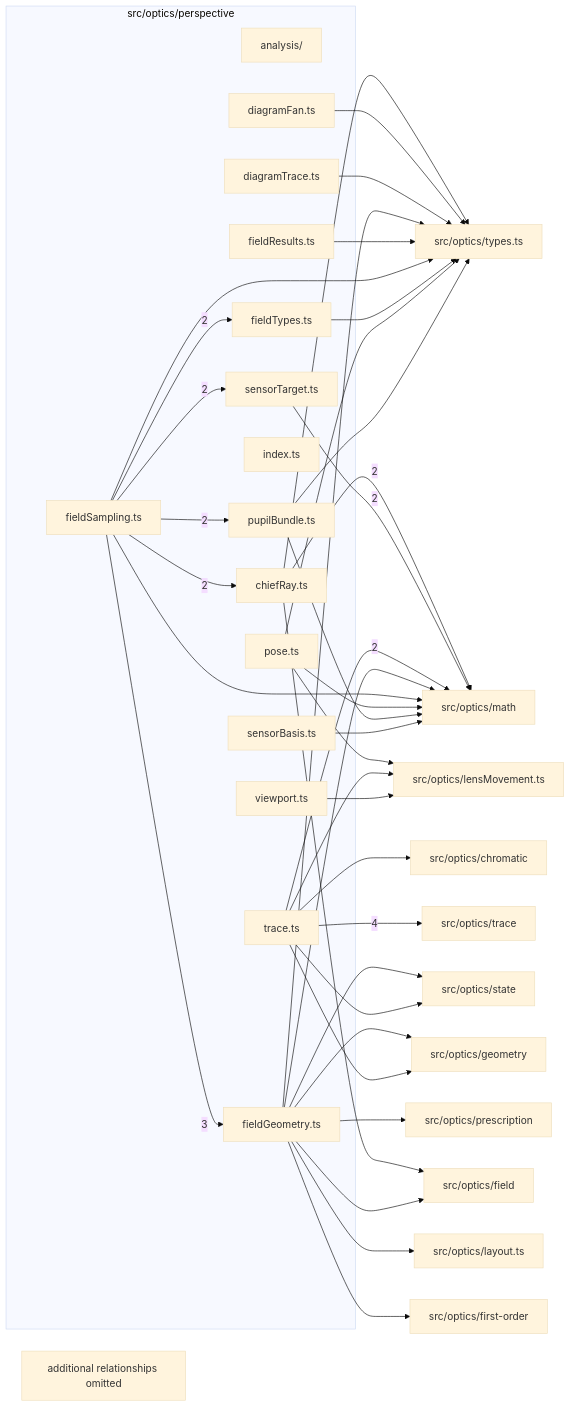
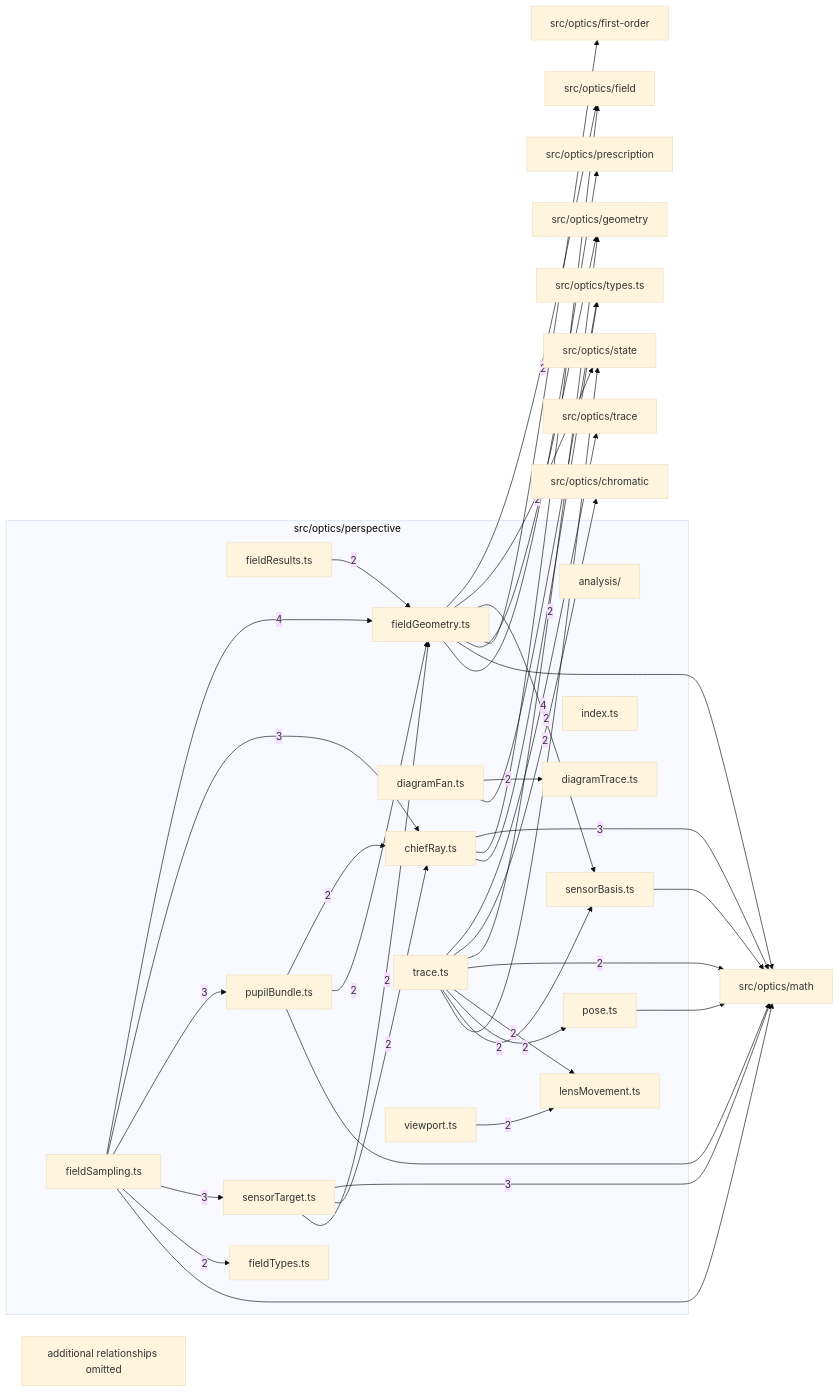
One commit to ronbuening/LensVisualizer changed the diagram in src/optics/perspective/readme.md. Above: the diagram before and after it, drawn with Mermaid (base theme). The commit also changed other lines of this file and 439 other files, not shown here.

````diff
--- a/src/optics/perspective/readme.md
+++ b/src/optics/perspective/readme.md
@@ -9,68 +9,67 @@
 ```mermaid
 flowchart LR
   subgraph n_src_optics_perspective["src/optics/perspective"]
     n_src_optics_perspective_src_optics_perspective_analysis["analysis/"]
     n_src_optics_perspective_src_optics_perspective_chiefRay_ts["chiefRay.ts"]
     n_src_optics_perspective_src_optics_perspective_diagramFan_ts["diagramFan.ts"]
     n_src_optics_perspective_src_optics_perspective_diagramTrace_ts["diagramTrace.ts"]
     n_src_optics_perspective_src_optics_perspective_fieldGeometry_ts["fieldGeometry.ts"]
     n_src_optics_perspective_src_optics_perspective_fieldResults_ts["fieldResults.ts"]
     n_src_optics_perspective_src_optics_perspective_fieldSampling_ts["fieldSampling.ts"]
     n_src_optics_perspective_src_optics_perspective_fieldTypes_ts["fieldTypes.ts"]
     n_src_optics_perspective_src_optics_perspective_index_ts["index.ts"]
+    n_src_optics_perspective_src_optics_perspective_lensMovement_ts["lensMovement.ts"]
     n_src_optics_perspective_src_optics_perspective_pose_ts["pose.ts"]
     n_src_optics_perspective_src_optics_perspective_pupilBundle_ts["pupilBundle.ts"]
     n_src_optics_perspective_src_optics_perspective_sensorBasis_ts["sensorBasis.ts"]
     n_src_optics_perspective_src_optics_perspective_sensorTarget_ts["sensorTarget.ts"]
     n_src_optics_perspective_src_optics_perspective_trace_ts["trace.ts"]
     n_src_optics_perspective_src_optics_perspective_viewport_ts["viewport.ts"]
   end
   n_external_src_optics_trace["src/optics/trace"]
   n_external_src_optics_math["src/optics/math"]
   n_external_src_optics_chromatic["src/optics/chromatic"]
   n_external_src_optics_field["src/optics/field"]
+  n_external_src_optics_geometry["src/optics/geometry"]
+  n_external_src_optics_state["src/optics/state"]
   n_external_src_optics_first_order["src/optics/first-order"]
-  n_external_src_optics_geometry["src/optics/geometry"]
-  n_external_src_optics_layout_ts["src/optics/layout.ts"]
-  n_external_src_optics_lensMovement_ts["src/optics/lensMovement.ts"]
   n_external_src_optics_prescription["src/optics/prescription"]
-  n_external_src_optics_state["src/optics/state"]
   n_external_src_optics_types_ts["src/optics/types.ts"]
   n_src_optics_perspective_src_optics_perspective_trace_ts --> |4| n_external_src_optics_trace
-  n_src_optics_perspective_src_optics_perspective_fieldSampling_ts --> |3| n_src_optics_perspective_src_optics_perspective_fieldGeometry_ts
-  n_src_optics_perspective_src_optics_perspective_chiefRay_ts --> |2| n_external_src_optics_math
-  n_src_optics_perspective_src_optics_perspective_sensorTarget_ts --> |2| n_external_src_optics_math
+  n_src_optics_perspective_src_optics_perspective_fieldSampling_ts --> |4| n_src_optics_perspective_src_optics_perspective_fieldGeometry_ts
+  n_src_optics_perspective_src_optics_perspective_chiefRay_ts --> |3| n_external_src_optics_math
+  n_src_optics_perspective_src_optics_perspective_sensorTarget_ts --> |3| n_external_src_optics_math
+  n_src_optics_perspective_src_optics_perspective_fieldSampling_ts --> |3| n_src_optics_perspective_src_optics_perspective_chiefRay_ts
+  n_src_optics_perspective_src_optics_perspective_fieldSampling_ts --> |3| n_src_optics_perspective_src_optics_perspective_pupilBundle_ts
+  n_src_optics_perspective_src_optics_perspective_fieldSampling_ts --> |3| n_src_optics_perspective_src_optics_perspective_sensorTarget_ts
+  n_src_optics_perspective_src_optics_perspective_trace_ts --> |2| n_external_src_optics_chromatic
+  n_src_optics_perspective_src_optics_perspective_fieldGeometry_ts --> |2| n_external_src_optics_field
+  n_src_optics_perspective_src_optics_perspective_trace_ts --> |2| n_external_src_optics_geometry
   n_src_optics_perspective_src_optics_perspective_trace_ts --> |2| n_external_src_optics_math
-  n_src_optics_perspective_src_optics_perspective_fieldSampling_ts --> |2| n_src_optics_perspective_src_optics_perspective_chiefRay_ts
+  n_src_optics_perspective_src_optics_perspective_fieldGeometry_ts --> |2| n_external_src_optics_state
+  n_src_optics_perspective_src_optics_perspective_pupilBundle_ts --> |2| n_src_optics_perspective_src_optics_perspective_chiefRay_ts
+  n_src_optics_perspective_src_optics_perspective_sensorTarget_ts --> |2| n_src_optics_perspective_src_optics_perspective_chiefRay_ts
+  n_src_optics_perspective_src_optics_perspective_diagramFan_ts --> |2| n_src_optics_perspective_src_optics_perspective_diagramTrace_ts
+  n_src_optics_perspective_src_optics_perspective_fieldResults_ts --> |2| n_src_optics_perspective_src_optics_perspective_fieldGeometry_ts
+  n_src_optics_perspective_src_optics_perspective_pupilBundle_ts --> |2| n_src_optics_perspective_src_optics_perspective_fieldGeometry_ts
+  n_src_optics_perspective_src_optics_perspective_sensorTarget_ts --> |2| n_src_optics_perspective_src_optics_perspective_fieldGeometry_ts
   n_src_optics_perspective_src_optics_perspective_fieldSampling_ts --> |2| n_src_optics_perspective_src_optics_perspective_fieldTypes_ts
-  n_src_optics_perspective_src_optics_perspective_fieldSampling_ts --> |2| n_src_optics_perspective_src_optics_perspective_pupilBundle_ts
-  n_src_optics_perspective_src_optics_perspective_fieldSampling_ts --> |2| n_src_optics_perspective_src_optics_perspective_sensorTarget_ts
-  n_src_optics_perspective_src_optics_perspective_trace_ts --> n_external_src_optics_chromatic
+  n_src_optics_perspective_src_optics_perspective_trace_ts --> |2| n_src_optics_perspective_src_optics_perspective_lensMovement_ts
+  n_src_optics_perspective_src_optics_perspective_viewport_ts --> |2| n_src_optics_perspective_src_optics_perspective_lensMovement_ts
+  n_src_optics_perspective_src_optics_perspective_trace_ts --> |2| n_src_optics_perspective_src_optics_perspective_pose_ts
+  n_src_optics_perspective_src_optics_perspective_fieldGeometry_ts --> |2| n_src_optics_perspective_src_optics_perspective_sensorBasis_ts
+  n_src_optics_perspective_src_optics_perspective_trace_ts --> |2| n_src_optics_perspective_src_optics_perspective_sensorBasis_ts
   n_src_optics_perspective_src_optics_perspective_chiefRay_ts --> n_external_src_optics_field
-  n_src_optics_perspective_src_optics_perspective_fieldGeometry_ts --> n_external_src_optics_field
   n_src_optics_perspective_src_optics_perspective_fieldGeometry_ts --> n_external_src_optics_first_order
   n_src_optics_perspective_src_optics_perspective_fieldGeometry_ts --> n_external_src_optics_geometry
-  n_src_optics_perspective_src_optics_perspective_trace_ts --> n_external_src_optics_geometry
-  n_src_optics_perspective_src_optics_perspective_fieldGeometry_ts --> n_external_src_optics_layout_ts
-  n_src_optics_perspective_src_optics_perspective_pose_ts --> n_external_src_optics_lensMovement_ts
-  n_src_optics_perspective_src_optics_perspective_trace_ts --> n_external_src_optics_lensMovement_ts
-  n_src_optics_perspective_src_optics_perspective_viewport_ts --> n_external_src_optics_lensMovement_ts
   n_src_optics_perspective_src_optics_perspective_fieldGeometry_ts --> n_external_src_optics_math
   n_src_optics_perspective_src_optics_perspective_fieldSampling_ts --> n_external_src_optics_math
   n_src_optics_perspective_src_optics_perspective_pose_ts --> n_external_src_optics_math
   n_src_optics_perspective_src_optics_perspective_pupilBundle_ts --> n_external_src_optics_math
   n_src_optics_perspective_src_optics_perspective_sensorBasis_ts --> n_external_src_optics_math
   n_src_optics_perspective_src_optics_perspective_fieldGeometry_ts --> n_external_src_optics_prescription
-  n_src_optics_perspective_src_optics_perspective_fieldGeometry_ts --> n_external_src_optics_state
   n_src_optics_perspective_src_optics_perspective_trace_ts --> n_external_src_optics_state
   n_src_optics_perspective_src_optics_perspective_chiefRay_ts --> n_external_src_optics_types_ts
   n_src_optics_perspective_src_optics_perspective_diagramFan_ts --> n_external_src_optics_types_ts
-  n_src_optics_perspective_src_optics_perspective_diagramTrace_ts --> n_external_src_optics_types_ts
-  n_src_optics_perspective_src_optics_perspective_fieldGeometry_ts --> n_external_src_optics_types_ts
-  n_src_optics_perspective_src_optics_perspective_fieldResults_ts --> n_external_src_optics_types_ts
-  n_src_optics_perspective_src_optics_perspective_fieldSampling_ts --> n_external_src_optics_types_ts
-  n_src_optics_perspective_src_optics_perspective_fieldTypes_ts --> n_external_src_optics_types_ts
-  n_src_optics_perspective_src_optics_perspective_pose_ts --> n_external_src_optics_types_ts
-  n_src_optics_perspective_src_optics_perspective_pupilBundle_ts --> n_external_src_optics_types_ts
   n_src_optics_perspective_truncated["additional relationships omitted"]
 ```
````
